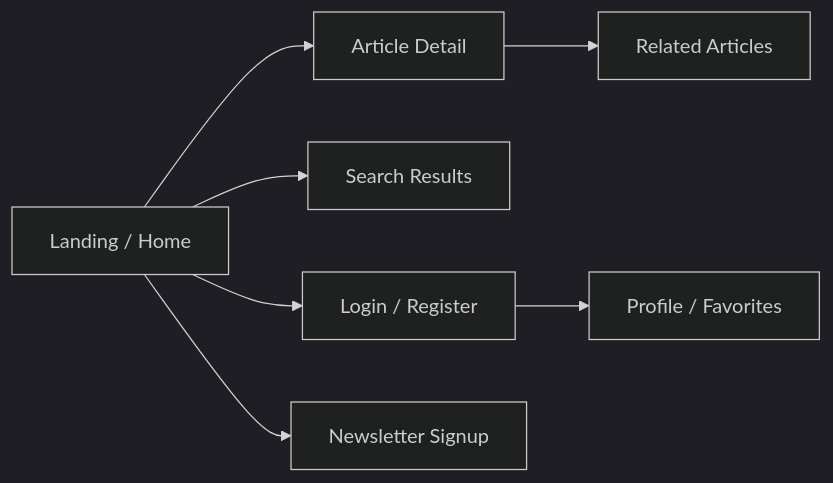
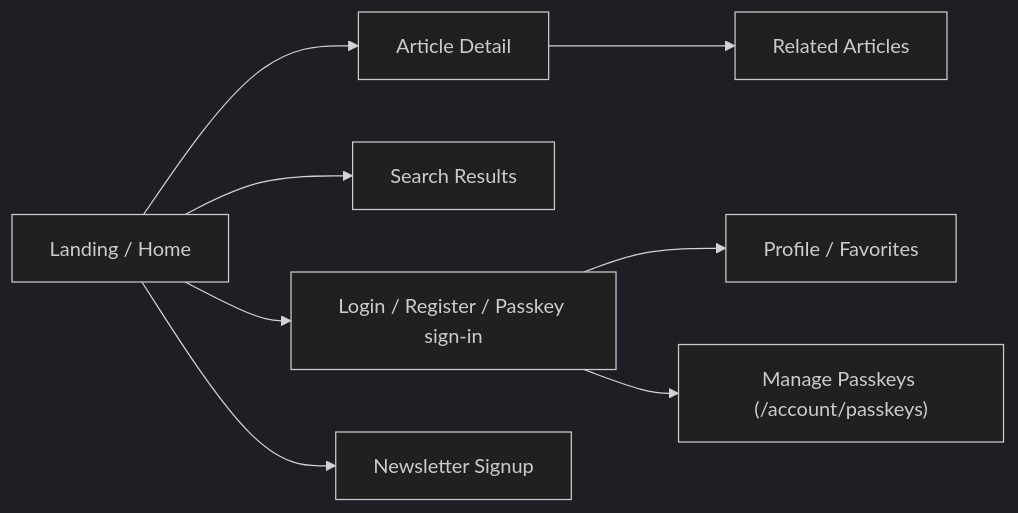
One commit to hoangsonww/AI-Gov-Content-Curator changed the second of 2 diagrams in frontend/README.md. Above: the diagram before and after it, drawn with Mermaid (dark theme). The commit also changed other lines of this file and 29 other files, not shown here.

Commit message:
feat(auth): add passkey (WebAuthn) support for signup and login

````diff
--- a/frontend/README.md
+++ b/frontend/README.md
@@ -64,9 +64,10 @@
 ```mermaid
 flowchart LR
     Landing[Landing / Home] --> Detail[Article Detail]
     Detail --> Related[Related Articles]
     Landing --> Search[Search Results]
-    Landing --> Auth[Login / Register]
+    Landing --> Auth[Login / Register / Passkey sign-in]
     Auth --> Profile[Profile / Favorites]
+    Auth --> Passkeys["Manage Passkeys (/account/passkeys)"]
     Landing --> Newsletter[Newsletter Signup]
 ```
````
